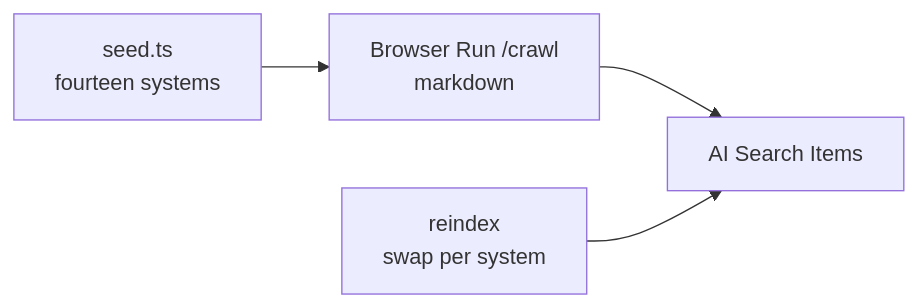
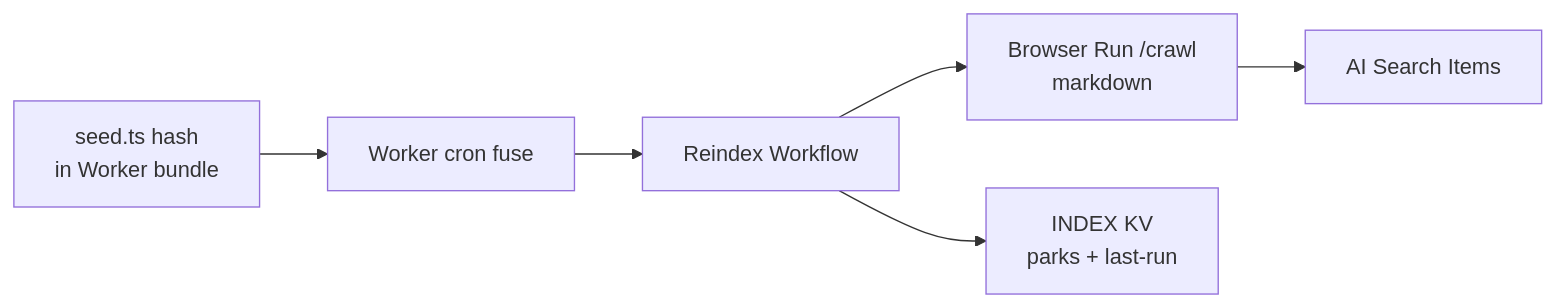
The first of 2 diagrams in docs/architecture.md (SiTaggart/design-guide), drawn with Mermaid before and after one commit. The commit also changed other lines of this file and 26 other files, not shown here.

First line of the commit message:
feat(index): automate reindex on Cloudflare Workflows

````diff
--- a/docs/architecture.md
+++ b/docs/architecture.md
@@ -7,6 +7,8 @@
 ```mermaid
 flowchart LR
-  seed["seed.ts\nfourteen systems"] --> crawl["Browser Run /crawl\nmarkdown"]
+  seed["seed.ts hash\nin Worker bundle"] --> cron["Worker cron fuse"]
+  cron --> workflow["Reindex Workflow"]
+  workflow --> crawl["Browser Run /crawl\nmarkdown"]
   crawl --> items["AI Search Items"]
-  reindex["reindex\nswap per system"] --> items
+  workflow --> kv["INDEX KV\nparks + last-run"]
 ```
````
